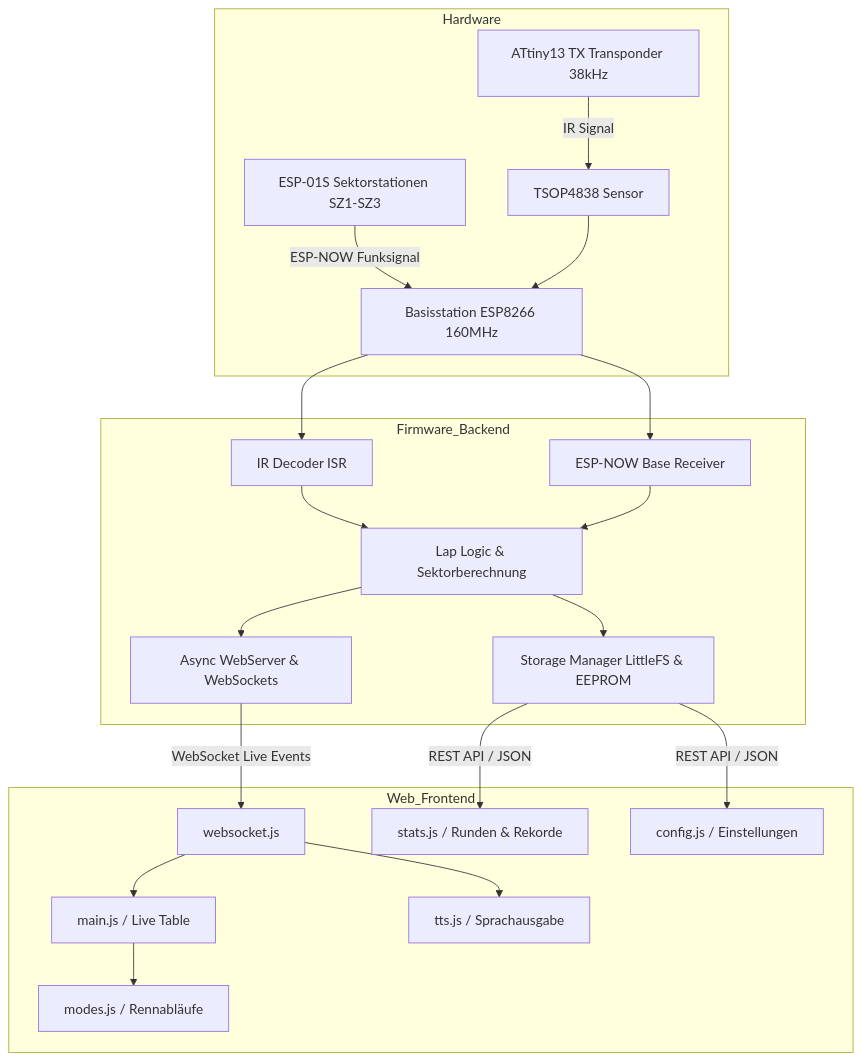
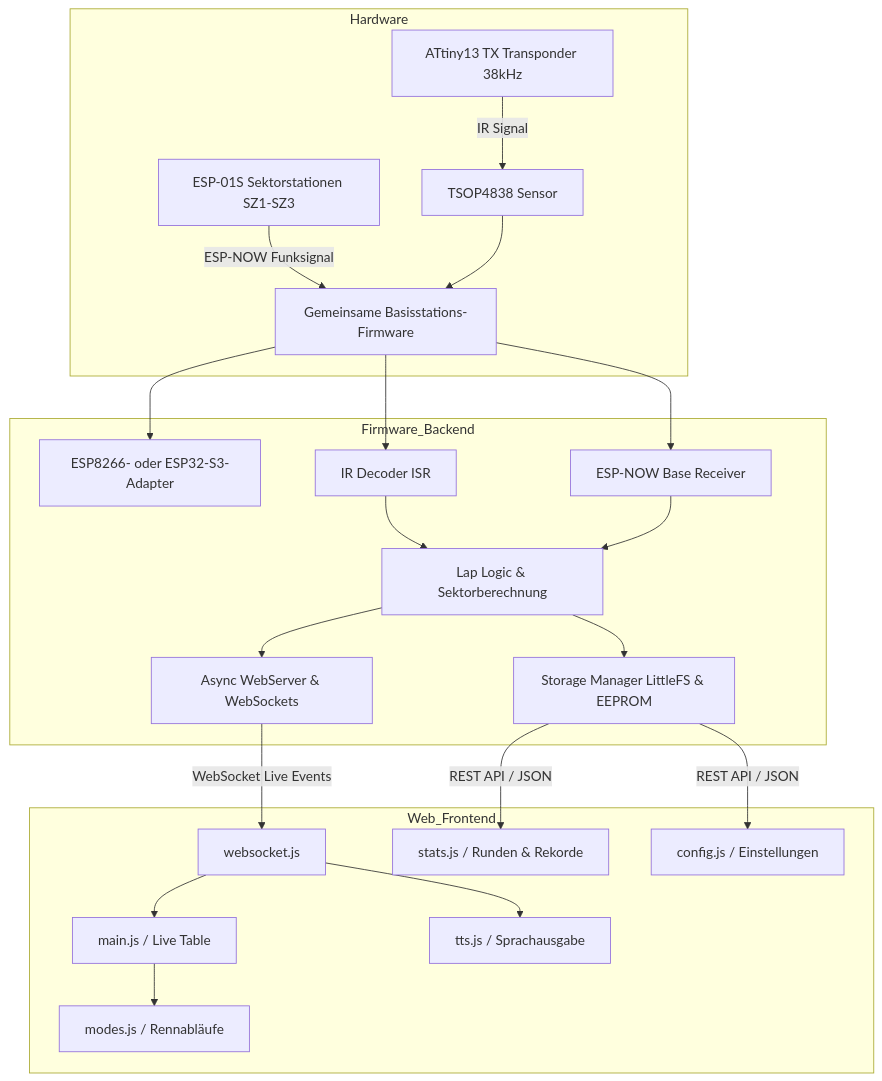
Before and after one commit to SirDomsen/RC-LAP-TIMER-PRO: the diagram in ROADMAP.md, drawn with Mermaid. The commit also changed other lines of this file and 1 other file, not shown here.

````diff
--- a/ROADMAP.md
+++ b/ROADMAP.md
@@ -151,26 +156,27 @@
 ```mermaid
 flowchart TD
     subgraph Hardware
         TX[ATtiny13 TX Transponder 38kHz] -->|IR Signal| TSOP[TSOP4838 Sensor]
-        SZ[ESP-01S Sektorstationen SZ1-SZ3] -->|ESP-NOW Funksignal| BASE_ESP[Basisstation ESP8266 160MHz]
-        TSOP --> BASE_ESP
+        SZ[ESP-01S Sektorstationen SZ1-SZ3] -->|ESP-NOW Funksignal| BASE[Gemeinsame Basisstations-Firmware]
+        TSOP --> BASE
     end
 
     subgraph Firmware_Backend
-        BASE_ESP --> IR_DEC[IR Decoder ISR]
-        BASE_ESP --> ESPNOW_RX[ESP-NOW Base Receiver]
+        BASE --> TARGET[ESP8266- oder ESP32-S3-Adapter]
+        BASE --> IR_DEC[IR Decoder ISR]
+        BASE --> ESPNOW_RX[ESP-NOW Base Receiver]
         IR_DEC --> LAP_CORE[Lap Logic & Sektorberechnung]
         ESPNOW_RX --> LAP_CORE
         LAP_CORE --> STORAGE[Storage Manager LittleFS & EEPROM]
         LAP_CORE --> WS_SRV[Async WebServer & WebSockets]
     end
 
     subgraph Web_Frontend
         WS_SRV -->|WebSocket Live Events| CLIENT_WS[websocket.js]
         CLIENT_WS --> UI_MAIN[main.js / Live Table]
         CLIENT_WS --> UI_TTS[tts.js / Sprachausgabe]
         UI_MAIN --> UI_MODES[modes.js / Rennabläufe]
         STORAGE -->|REST API / JSON| UI_STATS[stats.js / Runden & Rekorde]
         STORAGE -->|REST API / JSON| UI_CFG[config.js / Einstellungen]
     end
 ```
````
